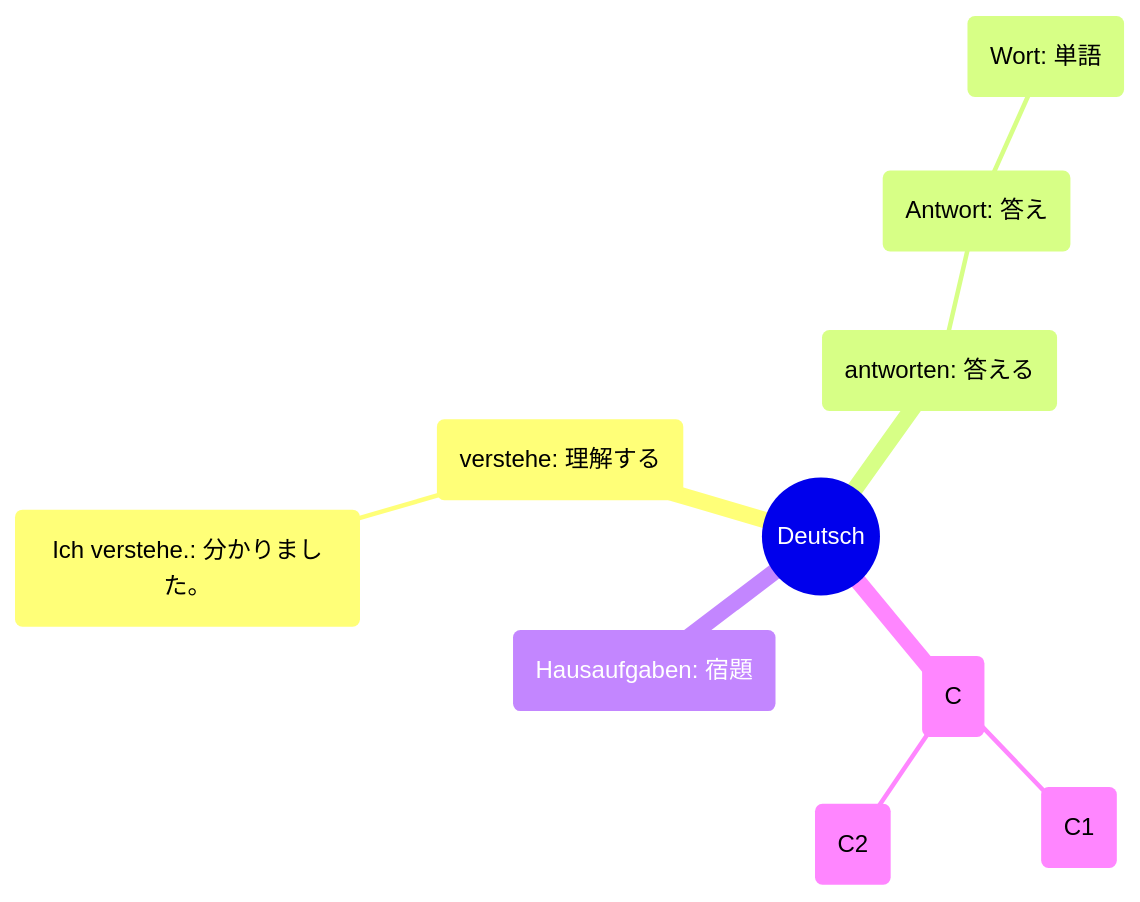
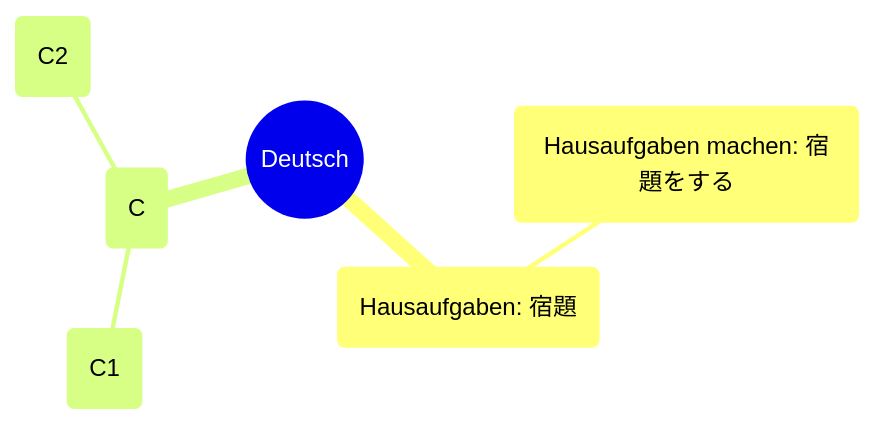
One commit to hyonsoku/mindmap changed the first of 5 diagrams in deutsch.md. Above: the diagram before and after it, drawn with Mermaid. The commit also changed other lines of this file, not shown here.

````diff
--- a/deutsch.md
+++ b/deutsch.md
@@ -1,13 +1,9 @@
 ```mermaid
 mindmap
     root((Deutsch))
-        (verstehe: 理解する)
-            (Ich verstehe.: 分かりました。)
-        (antworten: 答える)
-            (Antwort: 答え)
-                (Wort: 単語)
         (Hausaufgaben: 宿題)
+            (Hausaufgaben machen: 宿題をする)
         (C)
             (C1)
             (C2)
 ```
````
